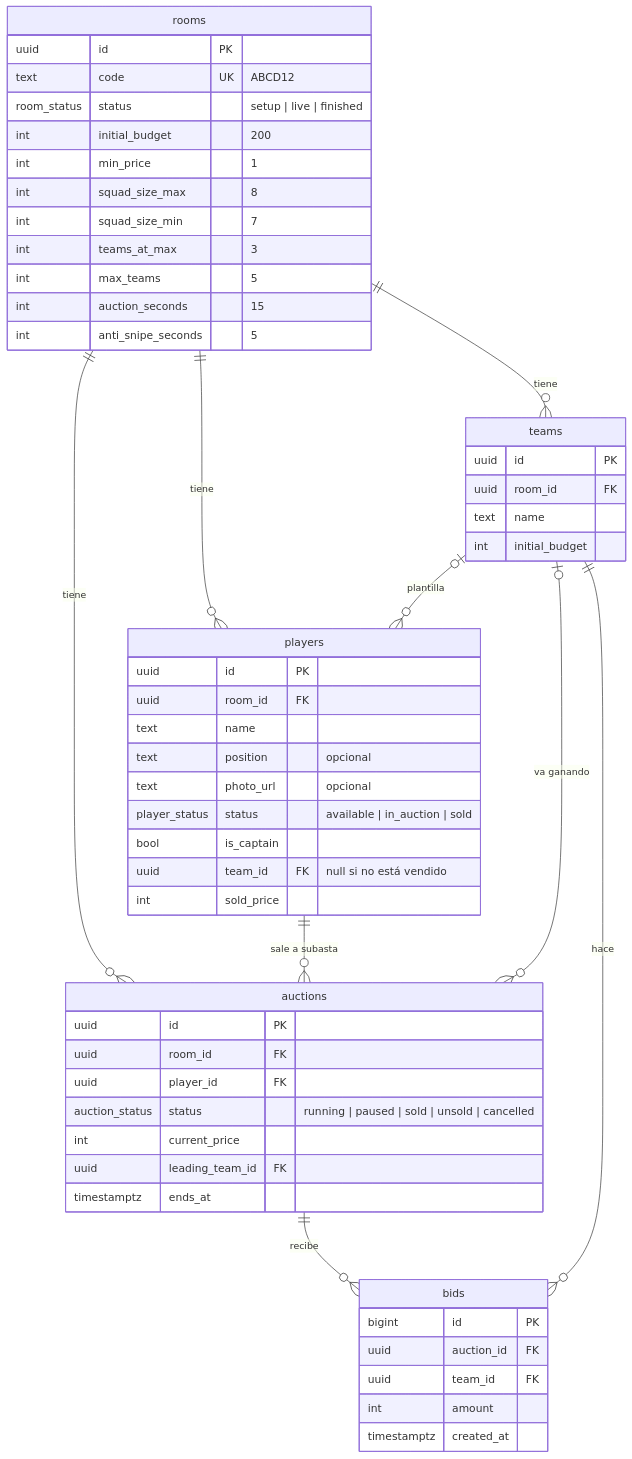
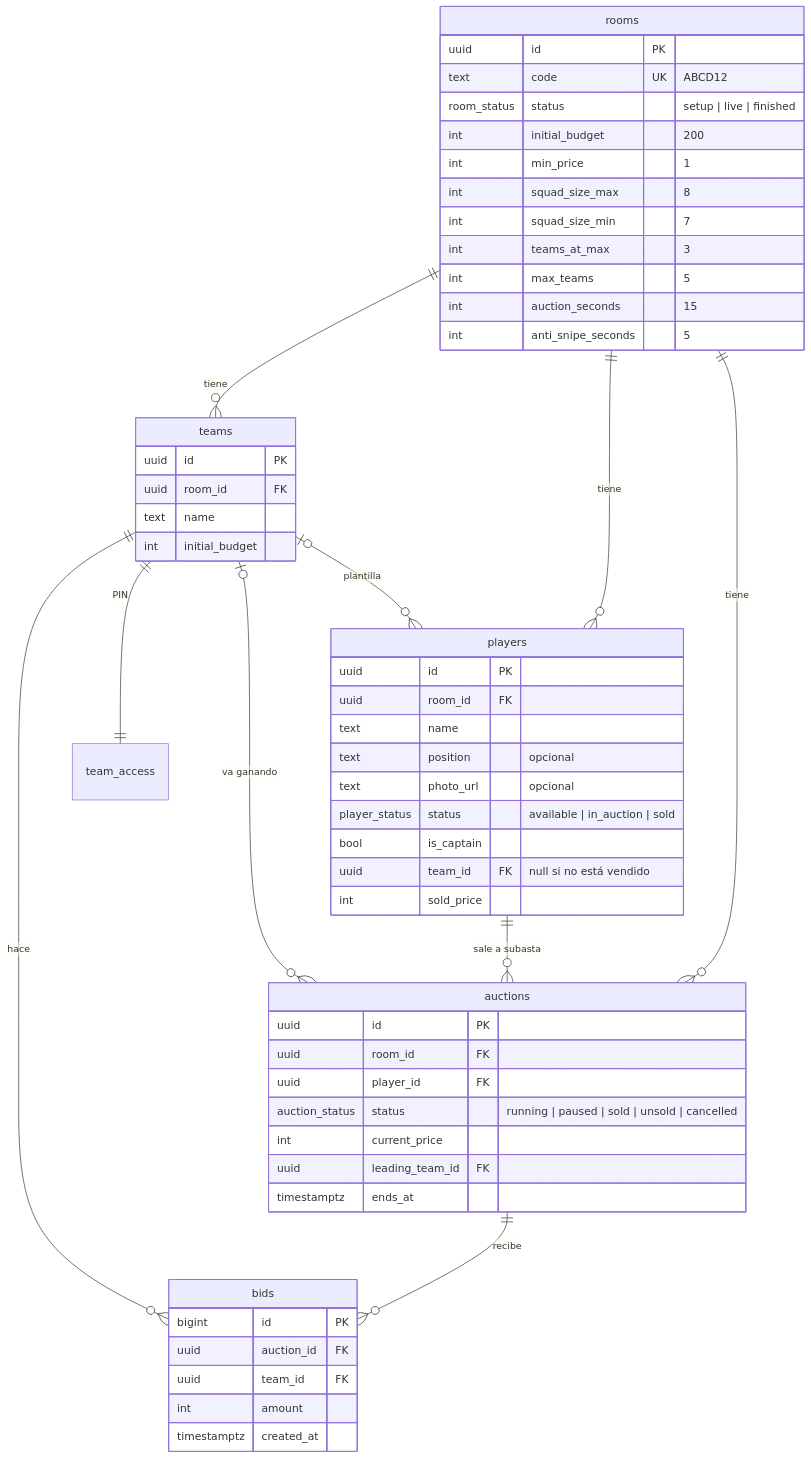
Before and after one commit to Nachosanchezz/PUJAS: the diagram in docs/modelo-de-datos.md, drawn with Mermaid. The commit also changed other lines of this file and 17 other files, not shown here.

````diff
--- a/docs/modelo-de-datos.md
+++ b/docs/modelo-de-datos.md
@@ -7,58 +7,59 @@
 ```mermaid
 erDiagram
   rooms ||--o{ teams : "tiene"
   rooms ||--o{ players : "tiene"
   rooms ||--o{ auctions : "tiene"
   teams |o--o{ players : "plantilla"
   players ||--o{ auctions : "sale a subasta"
   auctions ||--o{ bids : "recibe"
   teams ||--o{ bids : "hace"
   teams |o--o{ auctions : "va ganando"
+  teams ||--|| team_access : "PIN"
 
   rooms {
     uuid id PK
     text code UK "ABCD12"
     room_status status "setup | live | finished"
     int initial_budget "200"
     int min_price "1"
     int squad_size_max "8"
     int squad_size_min "7"
     int teams_at_max "3"
     int max_teams "5"
     int auction_seconds "15"
     int anti_snipe_seconds "5"
   }
   teams {
     uuid id PK
     uuid room_id FK
     text name
     int initial_budget
   }
   players {
     uuid id PK
     uuid room_id FK
     text name
     text position "opcional"
     text photo_url "opcional"
     player_status status "available | in_auction | sold"
     bool is_captain
     uuid team_id FK "null si no está vendido"
     int sold_price
   }
   auctions {
     uuid id PK
     uuid room_id FK
     uuid player_id FK
     auction_status status "running | paused | sold | unsold | cancelled"
     int current_price
     uuid leading_team_id FK
     timestamptz ends_at
   }
   bids {
     bigint id PK
     uuid auction_id FK
     uuid team_id FK
     int amount
     timestamptz created_at
   }
 ```
````
